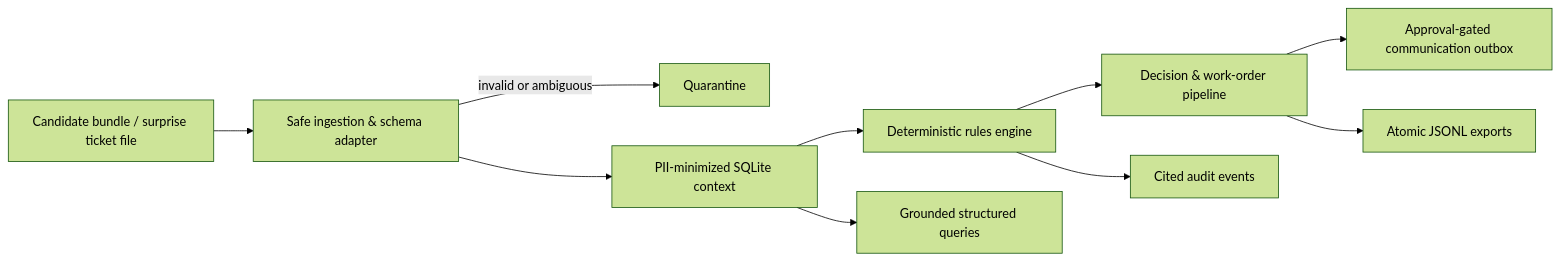
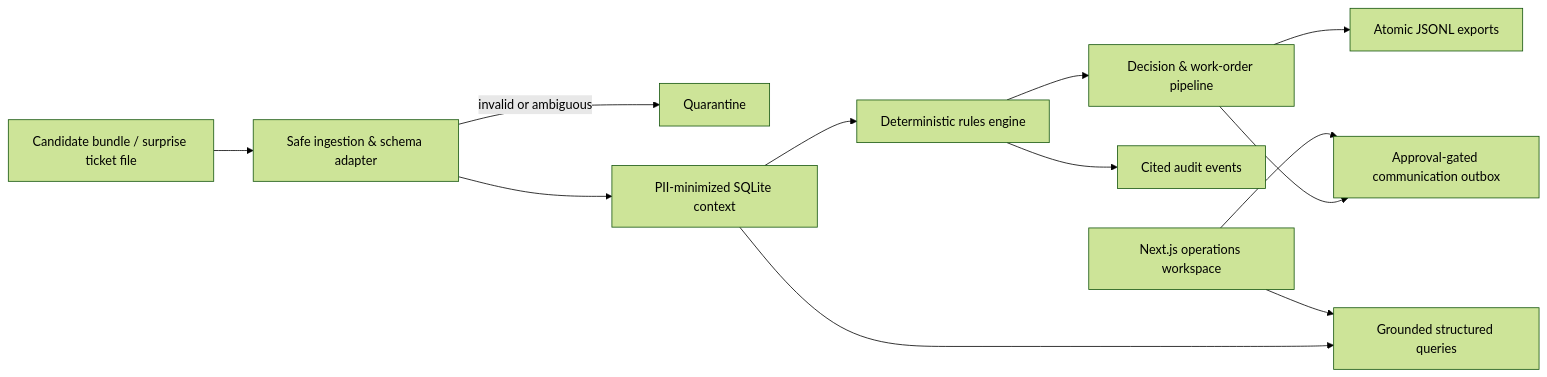
The diagram in README.md (tymepas/synq-ai-forward-deployment), drawn with Mermaid (forest theme) before and after one commit. The commit also changed other lines of this file and 10 other files, not shown here.

````diff
--- a/README.md
+++ b/README.md
@@ -17,12 +17,14 @@
 ```mermaid
 flowchart LR
     A[Candidate bundle / surprise ticket file] --> B[Safe ingestion & schema adapter]
     B -->|invalid or ambiguous| Q[Quarantine]
     B --> C[PII-minimized SQLite context]
     C --> D[Deterministic rules engine]
     D --> E[Decision & work-order pipeline]
     E --> F[Approval-gated communication outbox]
     E --> G[Atomic JSONL exports]
     C --> H[Grounded structured queries]
     D --> I[Cited audit events]
+    J[Next.js operations workspace] --> H
+    J --> F
 ```
````
